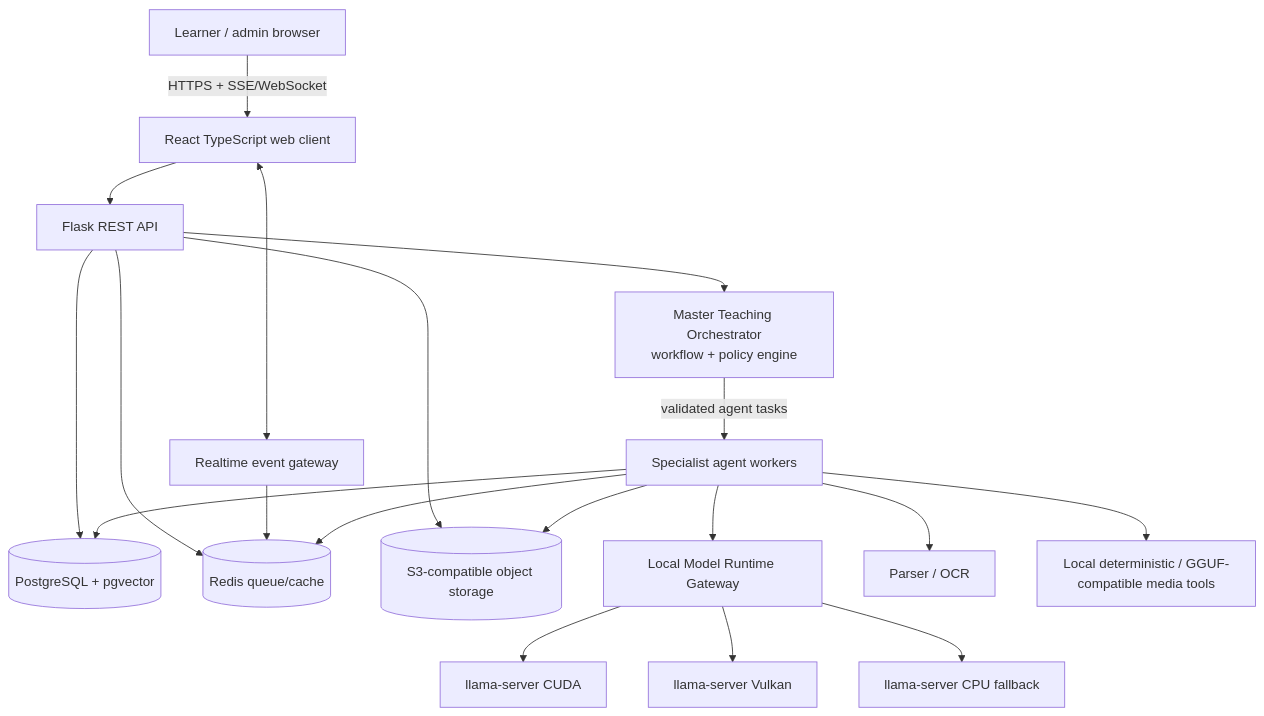
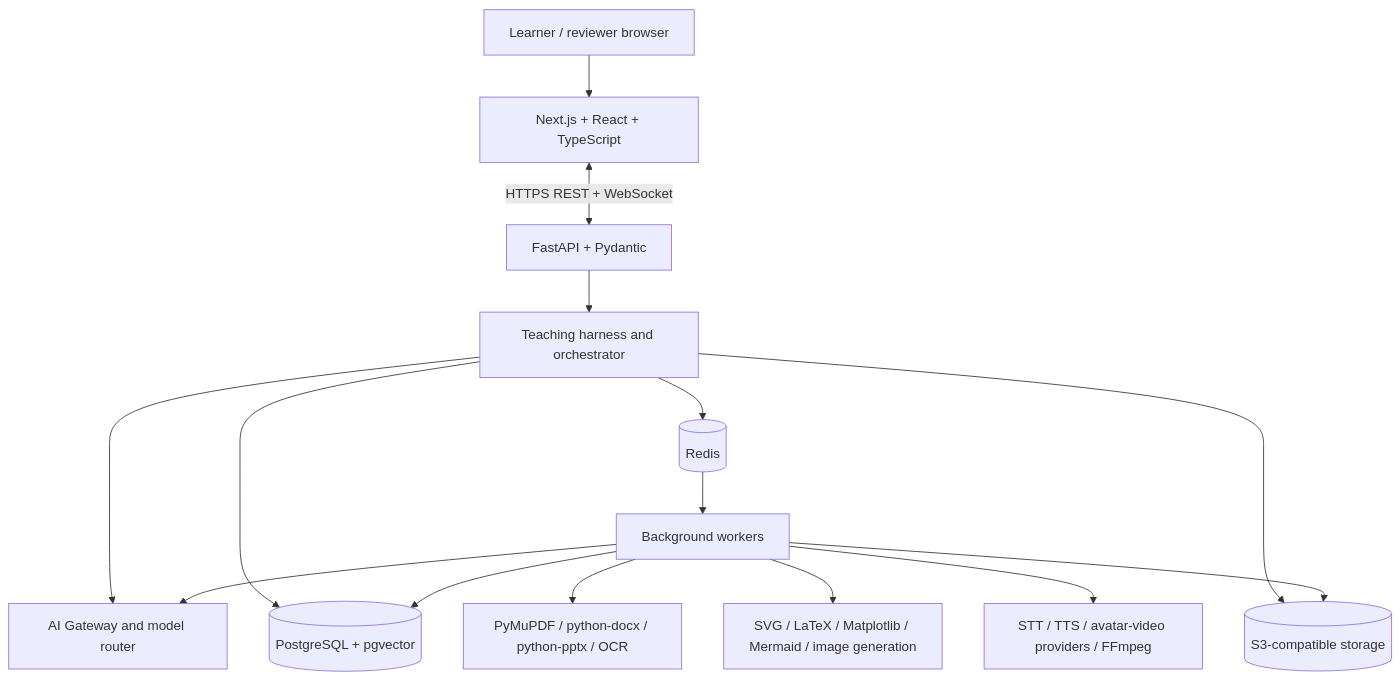
The first of 4 diagrams in docs/technical/architecture.md (shreemaanikam/AI_Teacher), drawn with Mermaid before and after one commit. The commit also changed other lines of this file and 13 other files, not shown here.

````diff
--- a/docs/technical/architecture.md
+++ b/docs/technical/architecture.md
@@ -9,21 +16,17 @@
 ```mermaid
 flowchart TB
-  U[Learner / admin browser] -->|HTTPS + SSE/WebSocket| UI[React TypeScript web client]
-  UI --> API[Flask REST API]
-  UI <--> RT[Realtime event gateway]
-  API --> PG[(PostgreSQL + pgvector)]
-  API --> RD[(Redis queue/cache)]
-  API --> OBJ[(S3-compatible object storage)]
-  API --> ORCH[Master Teaching Orchestrator\nworkflow + policy engine]
-  ORCH -->|validated agent tasks| WK[Specialist agent workers]
-  RT --> RD
+  U[Learner / reviewer browser] --> N[Next.js + React + TypeScript]
+  N <-->|HTTPS REST + WebSocket| A[FastAPI + Pydantic]
+  A --> H[Teaching harness and orchestrator]
+  H --> G[AI Gateway and model router]
+  H --> PG[(PostgreSQL + pgvector)]
+  H --> RD[(Redis)]
+  H --> OBJ[(S3-compatible storage)]
+  RD --> WK[Background workers]
+  WK --> DOC[PyMuPDF / python-docx / python-pptx / OCR]
+  WK --> G
+  WK --> VIS[SVG / LaTeX / Matplotlib / Mermaid / image generation]
+  WK --> AV[STT / TTS / avatar-video providers / FFmpeg]
   WK --> PG
-  WK --> RD
   WK --> OBJ
-  WK --> MG[Local Model Runtime Gateway]
-  MG --> LC[llama-server CUDA]
-  MG --> LV[llama-server Vulkan]
-  MG --> LP[llama-server CPU fallback]
-  WK --> DOC[Parser / OCR]
-  WK --> MED[Local deterministic / GGUF-compatible media tools]
 ```
````
